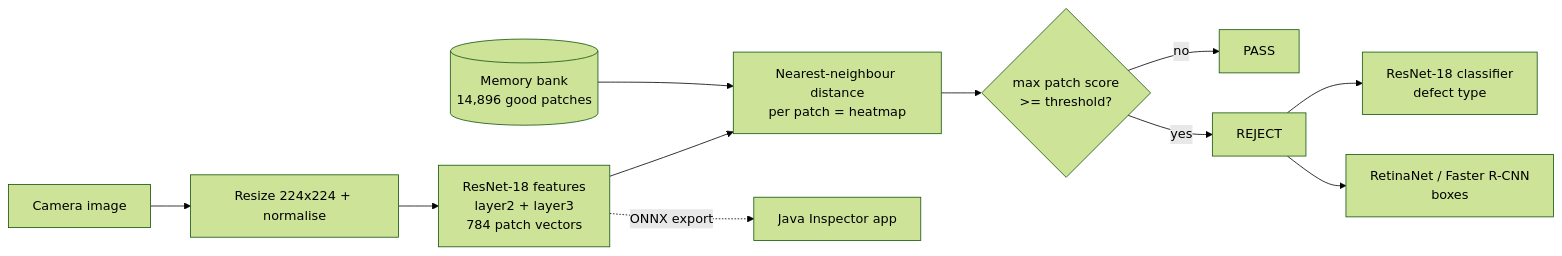
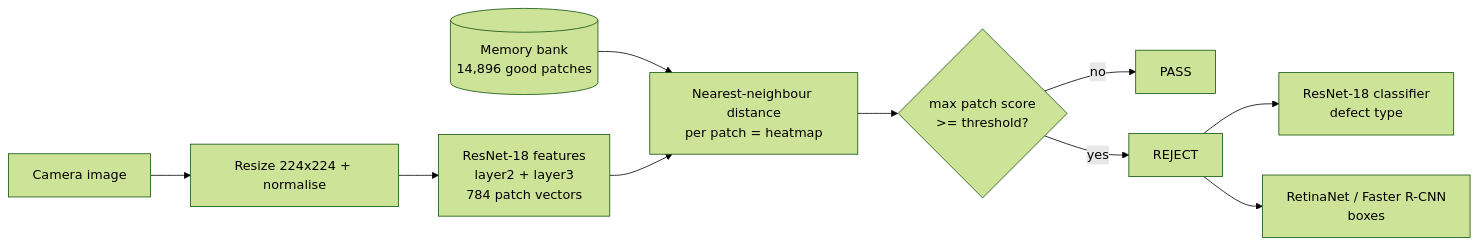
Before and after one commit to punksanika/surface-defect-inspection: the diagram in README.md, drawn with Mermaid (forest theme). The commit also changed other lines of this file and 8 other files, not shown here.

````diff
--- a/README.md
+++ b/README.md
@@ -12,13 +13,12 @@
 ```mermaid
 flowchart LR
     A[Camera image] --> B[Resize 224x224 + normalise]
     B --> C[ResNet-18 features<br/>layer2 + layer3<br/>784 patch vectors]
     M[(Memory bank<br/>14,896 good patches)] --> D
     C --> D[Nearest-neighbour distance<br/>per patch = heatmap]
     D --> E{max patch score<br/>>= threshold?}
     E -- no --> P[PASS]
     E -- yes --> R[REJECT]
     R --> F[ResNet-18 classifier<br/>defect type]
     R --> G[RetinaNet / Faster R-CNN<br/>boxes]
-    C -. ONNX export .-> J[Java Inspector app]
 ```
````
